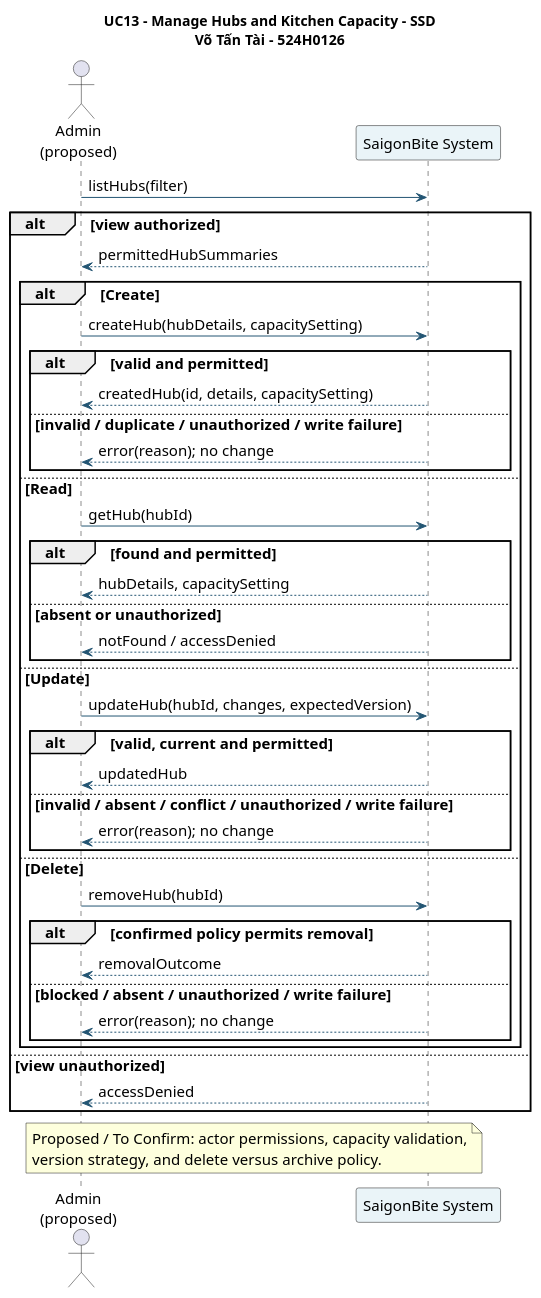
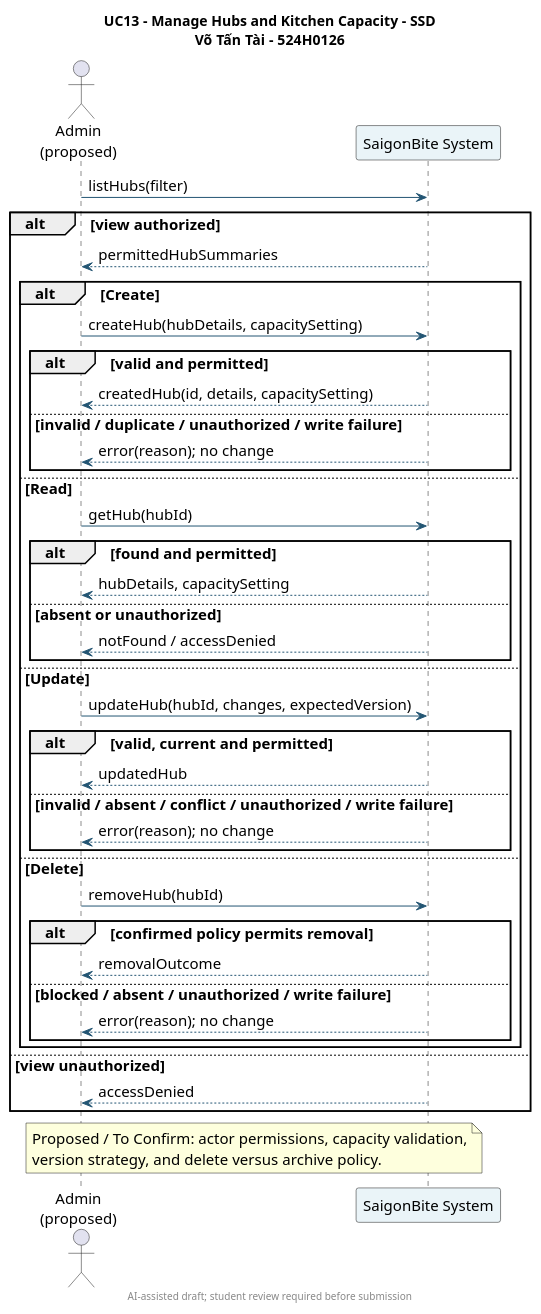
Before and after one commit to minhthanhle2309/SaigonBite-RAD: the diagram in docs/sprint1/UC13_ManageHubs/diagrams/13-ssd.puml, drawn with PlantUML. The commit also changed 13 other files, not shown here.

```diff
--- a/docs/sprint1/UC13_ManageHubs/diagrams/13-ssd.puml
+++ b/docs/sprint1/UC13_ManageHubs/diagrams/13-ssd.puml
@@ -1,52 +1,53 @@
 @startuml
 skinparam backgroundColor #FFFFFF
 skinparam defaultFontName Arial
 skinparam defaultFontSize 15
 skinparam shadowing false
 skinparam ArrowColor #235573
 skinparam sequenceParticipantBackgroundColor #EAF4F8
 title UC13 - Manage Hubs and Kitchen Capacity - SSD\nVõ Tấn Tài - 524H0126
 actor "Admin\n(proposed)" as Admin
 participant "SaigonBite System" as System
 
 Admin -> System: listHubs(filter)
 alt view authorized
   System --> Admin: permittedHubSummaries
   alt Create
     Admin -> System: createHub(hubDetails, capacitySetting)
     alt valid and permitted
       System --> Admin: createdHub(id, details, capacitySetting)
     else invalid / duplicate / unauthorized / write failure
       System --> Admin: error(reason); no change
     end
   else Read
     Admin -> System: getHub(hubId)
     alt found and permitted
       System --> Admin: hubDetails, capacitySetting
     else absent or unauthorized
       System --> Admin: notFound / accessDenied
     end
   else Update
     Admin -> System: updateHub(hubId, changes, expectedVersion)
     alt valid, current and permitted
       System --> Admin: updatedHub
     else invalid / absent / conflict / unauthorized / write failure
       System --> Admin: error(reason); no change
     end
   else Delete
     Admin -> System: removeHub(hubId)
     alt confirmed policy permits removal
       System --> Admin: removalOutcome
     else blocked / absent / unauthorized / write failure
       System --> Admin: error(reason); no change
     end
   end
 else view unauthorized
   System --> Admin: accessDenied
 end
 
 note over Admin,System
   Proposed / To Confirm: actor permissions, capacity validation,
   version strategy, and delete versus archive policy.
 end note
+footer AI-assisted draft; student review required before submission
 @enduml
```
